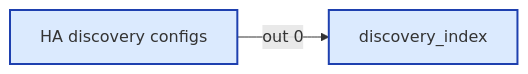
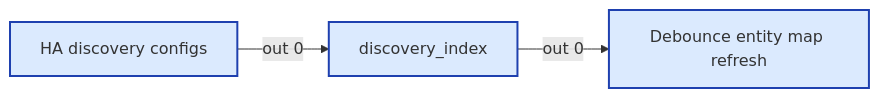
Before and after one commit to Backroads4Me/librecoach-node-red: the tenth of 35 diagrams in src/wiring/config.md, drawn with Mermaid. The commit also changed other lines of this file and 12 other files, not shown here.

Commit message:
feat: publish retained RV-C entity map

````diff
--- a/src/wiring/config.md
+++ b/src/wiring/config.md
@@ -369,12 +369,14 @@
 ```mermaid
 flowchart LR
   classDef fn fill:#dbeafe,stroke:#1e40af,stroke-width:2px
   classDef ui fill:#ede9fe,stroke:#5b21b6,stroke-width:2px
   classDef sub fill:#fef3c7,stroke:#92400e,stroke-width:2px
   classDef link fill:#dcfce7,stroke:#166534,stroke-width:1px,stroke-dasharray:3 3
   classDef config fill:#f3f4f6,stroke:#6b7280,stroke-width:1px,stroke-dasharray:2 2
   classDef disabled opacity:0.5,stroke-dasharray:4 4
   n_aba7ef0da2fb["discovery_index"]:::fn
   n_e71f0cb35642["HA discovery configs"]:::fn
+  n_entitymapdeb["Debounce entity map refresh"]:::fn
+  n_aba7ef0da2fb -->|out 0| n_entitymapdeb
   n_e71f0cb35642 -->|out 0| n_aba7ef0da2fb
 ```
````
